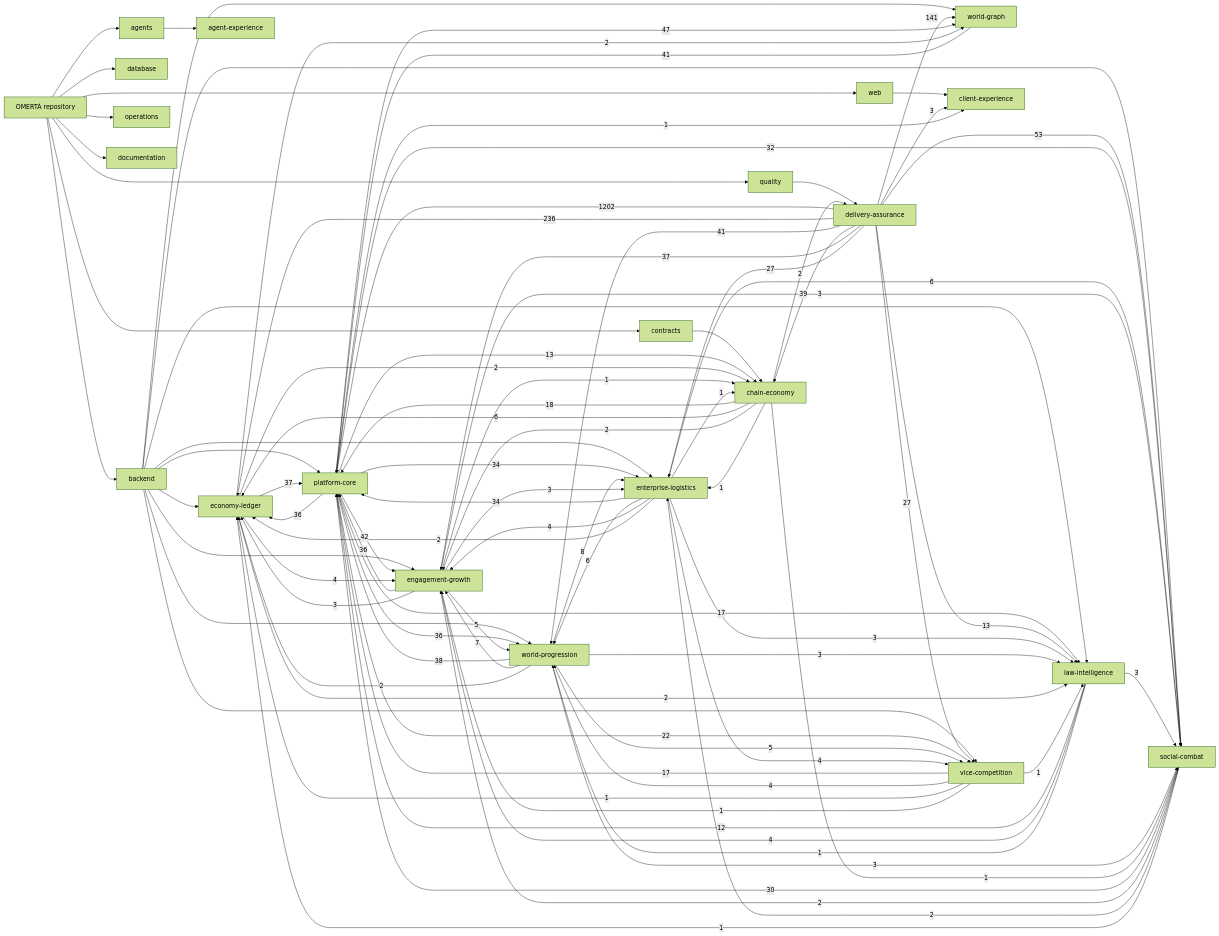
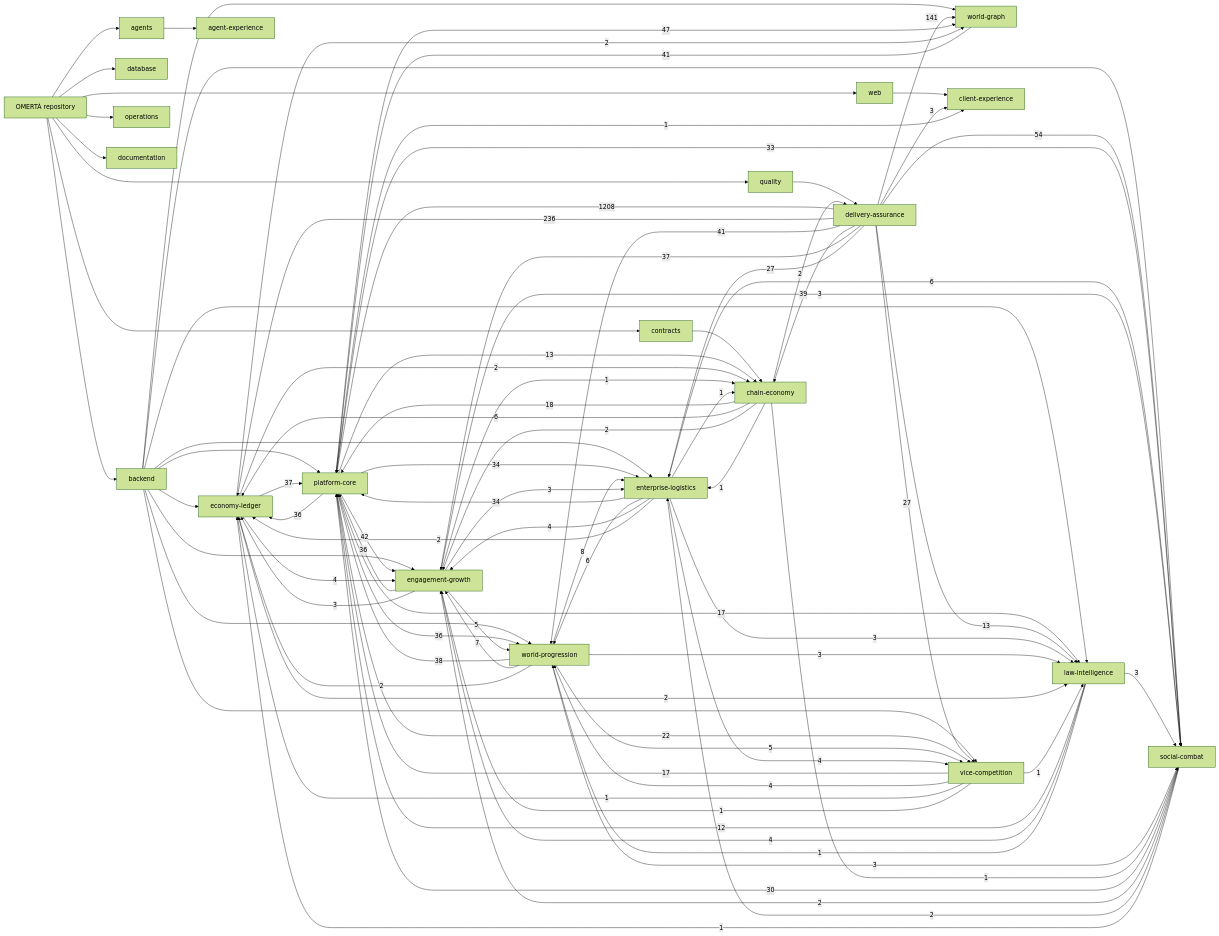
Before and after one commit to OmertaDev/Omerta: the diagram in knowledge/generated/graph.mmd, drawn with Mermaid (forest theme). The commit also changed 8 other files, not shown here.

```diff
--- a/knowledge/generated/graph.mmd
+++ b/knowledge/generated/graph.mmd
@@ -1,111 +1,111 @@
 flowchart LR
   repo["OMERTÀ repository"]
   sub_backend["backend"]
   repo --> sub_backend
   sub_database["database"]
   repo --> sub_database
   sub_web["web"]
   repo --> sub_web
   sub_contracts["contracts"]
   repo --> sub_contracts
   sub_agents["agents"]
   repo --> sub_agents
   sub_quality["quality"]
   repo --> sub_quality
   sub_operations["operations"]
   repo --> sub_operations
   sub_documentation["documentation"]
   repo --> sub_documentation
   dom_platform-core["platform-core"]
   dom_economy-ledger["economy-ledger"]
   dom_social-combat["social-combat"]
   dom_world-progression["world-progression"]
   dom_world-graph["world-graph"]
   dom_enterprise-logistics["enterprise-logistics"]
   dom_vice-competition["vice-competition"]
   dom_law-intelligence["law-intelligence"]
   dom_chain-economy["chain-economy"]
   dom_engagement-growth["engagement-growth"]
   dom_client-experience["client-experience"]
   dom_agent-experience["agent-experience"]
   dom_delivery-assurance["delivery-assurance"]
   sub_agents --> dom_agent-experience
   sub_backend --> dom_economy-ledger
   sub_backend --> dom_engagement-growth
   sub_backend --> dom_enterprise-logistics
   sub_backend --> dom_law-intelligence
   sub_backend --> dom_platform-core
   sub_backend --> dom_social-combat
   sub_backend --> dom_vice-competition
   sub_backend --> dom_world-graph
   sub_backend --> dom_world-progression
   sub_contracts --> dom_chain-economy
   sub_quality --> dom_delivery-assurance
   sub_web --> dom_client-experience
-  dom_delivery-assurance -->|1202| dom_platform-core
+  dom_delivery-assurance -->|1208| dom_platform-core
   dom_delivery-assurance -->|236| dom_economy-ledger
   dom_delivery-assurance -->|141| dom_world-graph
-  dom_delivery-assurance -->|53| dom_social-combat
+  dom_delivery-assurance -->|54| dom_social-combat
   dom_platform-core -->|47| dom_world-graph
   dom_platform-core -->|42| dom_engagement-growth
   dom_delivery-assurance -->|41| dom_world-progression
   dom_world-graph -->|41| dom_platform-core
   dom_delivery-assurance -->|39| dom_chain-economy
   dom_world-progression -->|38| dom_platform-core
   dom_delivery-assurance -->|37| dom_engagement-growth
   dom_economy-ledger -->|37| dom_platform-core
   dom_engagement-growth -->|36| dom_platform-core
   dom_platform-core -->|36| dom_economy-ledger
   dom_platform-core -->|36| dom_world-progression
   dom_enterprise-logistics -->|34| dom_platform-core
   dom_platform-core -->|34| dom_enterprise-logistics
-  dom_platform-core -->|32| dom_social-combat
+  dom_platform-core -->|33| dom_social-combat
   dom_social-combat -->|30| dom_platform-core
   dom_delivery-assurance -->|27| dom_enterprise-logistics
   dom_delivery-assurance -->|27| dom_vice-competition
   dom_platform-core -->|22| dom_vice-competition
   dom_chain-economy -->|18| dom_platform-core
   dom_platform-core -->|17| dom_law-intelligence
   dom_vice-competition -->|17| dom_platform-core
   dom_delivery-assurance -->|13| dom_law-intelligence
   dom_platform-core -->|13| dom_chain-economy
   dom_law-intelligence -->|12| dom_platform-core
   dom_world-progression -->|8| dom_enterprise-logistics
   dom_world-progression -->|7| dom_engagement-growth
   dom_chain-economy -->|6| dom_economy-ledger
   dom_enterprise-logistics -->|6| dom_social-combat
   dom_enterprise-logistics -->|6| dom_world-progression
   dom_engagement-growth -->|5| dom_world-progression
   dom_world-progression -->|5| dom_vice-competition
   dom_economy-ledger -->|4| dom_engagement-growth
   dom_enterprise-logistics -->|4| dom_engagement-growth
   dom_enterprise-logistics -->|4| dom_vice-competition
   dom_law-intelligence -->|4| dom_engagement-growth
   dom_vice-competition -->|4| dom_world-progression
   dom_delivery-assurance -->|3| dom_client-experience
   dom_engagement-growth -->|3| dom_economy-ledger
   dom_engagement-growth -->|3| dom_enterprise-logistics
   dom_engagement-growth -->|3| dom_social-combat
   dom_enterprise-logistics -->|3| dom_law-intelligence
   dom_law-intelligence -->|3| dom_social-combat
   dom_world-progression -->|3| dom_law-intelligence
   dom_world-progression -->|3| dom_social-combat
   dom_chain-economy -->|2| dom_delivery-assurance
   dom_chain-economy -->|2| dom_engagement-growth
   dom_economy-ledger -->|2| dom_chain-economy
   dom_economy-ledger -->|2| dom_law-intelligence
   dom_economy-ledger -->|2| dom_world-graph
   dom_enterprise-logistics -->|2| dom_economy-ledger
   dom_social-combat -->|2| dom_engagement-growth
   dom_social-combat -->|2| dom_enterprise-logistics
   dom_world-progression -->|2| dom_economy-ledger
   dom_chain-economy -->|1| dom_enterprise-logistics
   dom_chain-economy -->|1| dom_social-combat
   dom_engagement-growth -->|1| dom_chain-economy
   dom_enterprise-logistics -->|1| dom_chain-economy
   dom_law-intelligence -->|1| dom_world-progression
   dom_platform-core -->|1| dom_client-experience
   dom_social-combat -->|1| dom_economy-ledger
   dom_vice-competition -->|1| dom_economy-ledger
   dom_vice-competition -->|1| dom_engagement-growth
   dom_vice-competition -->|1| dom_law-intelligence
```
